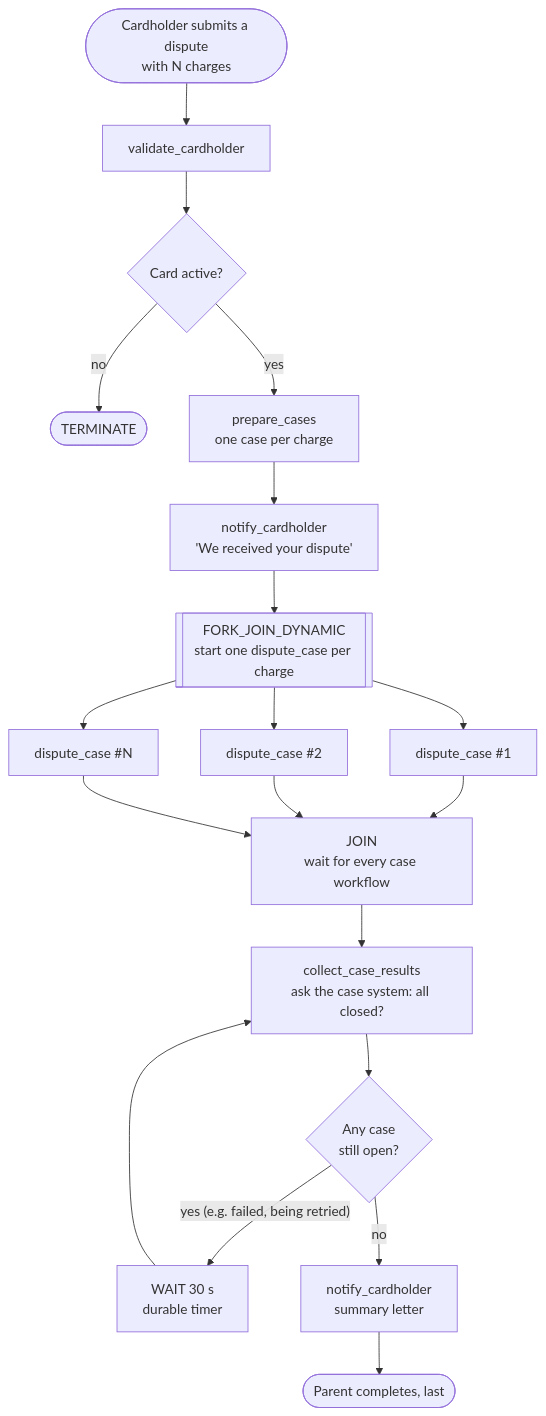
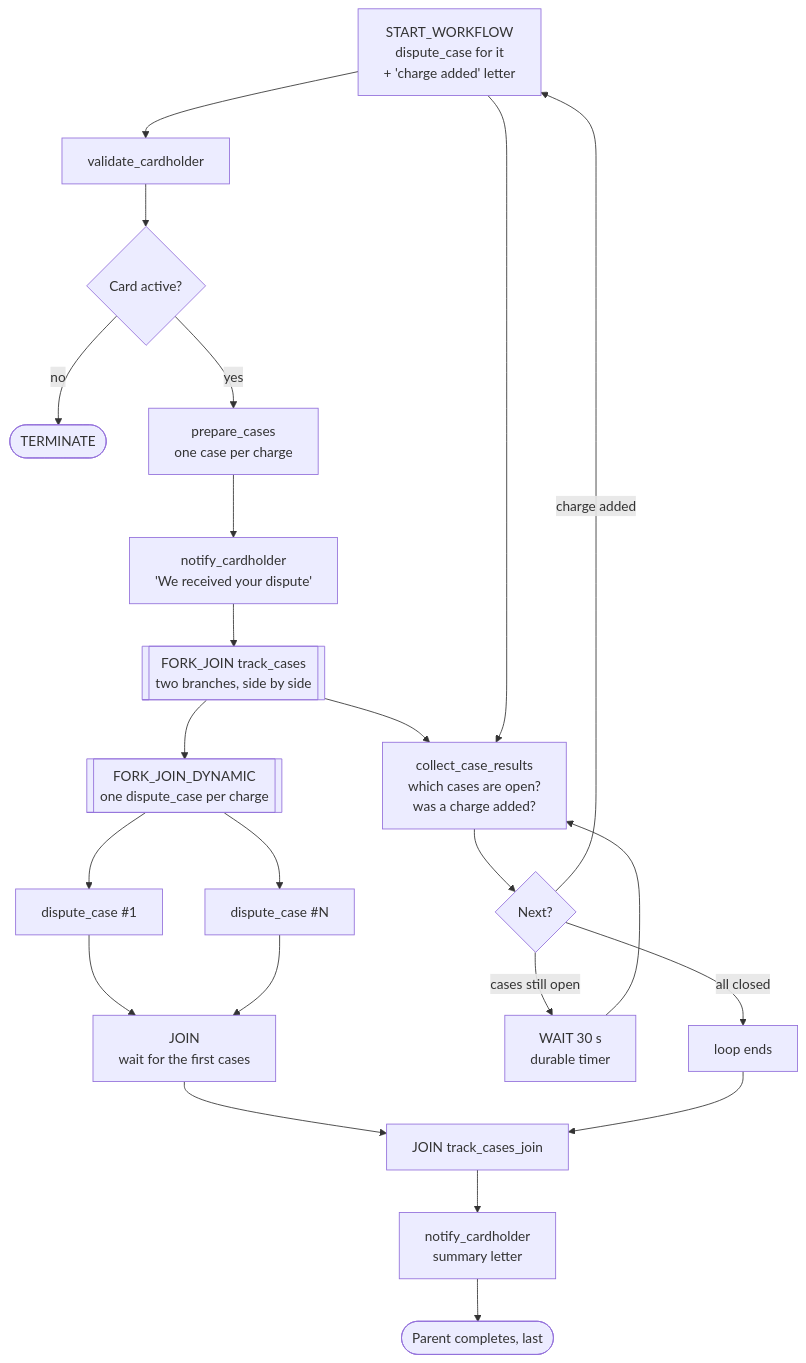
One commit to mangatrai/conductor-demos changed the second of 5 diagrams in dispute_demo/README.md. Above: the diagram before and after it, drawn with Mermaid. The commit also changed other lines of this file and 11 other files, not shown here.

````diff
--- a/dispute_demo/README.md
+++ b/dispute_demo/README.md
@@ -71,21 +71,25 @@
 ```mermaid
 flowchart TD
   start(["Cardholder submits a dispute<br/>with N charges"]) --> validate["validate_cardholder"]
   validate --> active{"Card active?"}
   active -- no --> stop(["TERMINATE"])
   active -- yes --> prepare["prepare_cases<br/>one case per charge"]
   prepare --> received["notify_cardholder<br/>'We received your dispute'"]
-  received --> fork[["FORK_JOIN_DYNAMIC<br/>start one dispute_case per charge"]]
+  received --> track[["FORK_JOIN track_cases<br/>two branches, side by side"]]
+  track --> fork[["FORK_JOIN_DYNAMIC<br/>one dispute_case per charge"]]
   fork --> c1["dispute_case #1"]
-  fork --> c2["dispute_case #2"]
   fork --> cn["dispute_case #N"]
-  c1 --> join["JOIN<br/>wait for every case workflow"]
-  c2 --> join
+  c1 --> join["JOIN<br/>wait for the first cases"]
   cn --> join
-  join --> collect["collect_case_results<br/>ask the case system: all closed?"]
-  collect --> anyopen{"Any case<br/>still open?"}
-  anyopen -- "yes (e.g. failed, being retried)" --> timer["WAIT 30 s<br/>durable timer"]
+  track --> collect["collect_case_results<br/>which cases are open?<br/>was a charge added?"]
+  collect --> what{"Next?"}
+  what -- "charge added" --> start["START_WORKFLOW<br/>dispute_case for it<br/>+ 'charge added' letter"]
+  start --> collect
+  what -- "cases still open" --> timer["WAIT 30 s<br/>durable timer"]
   timer --> collect
-  anyopen -- no --> summary["notify_cardholder<br/>summary letter"]
+  what -- "all closed" --> loopdone["loop ends"]
+  join --> tjoin["JOIN track_cases_join"]
+  loopdone --> tjoin
+  tjoin --> summary["notify_cardholder<br/>summary letter"]
   summary --> done(["Parent completes, last"])
 ```
````
